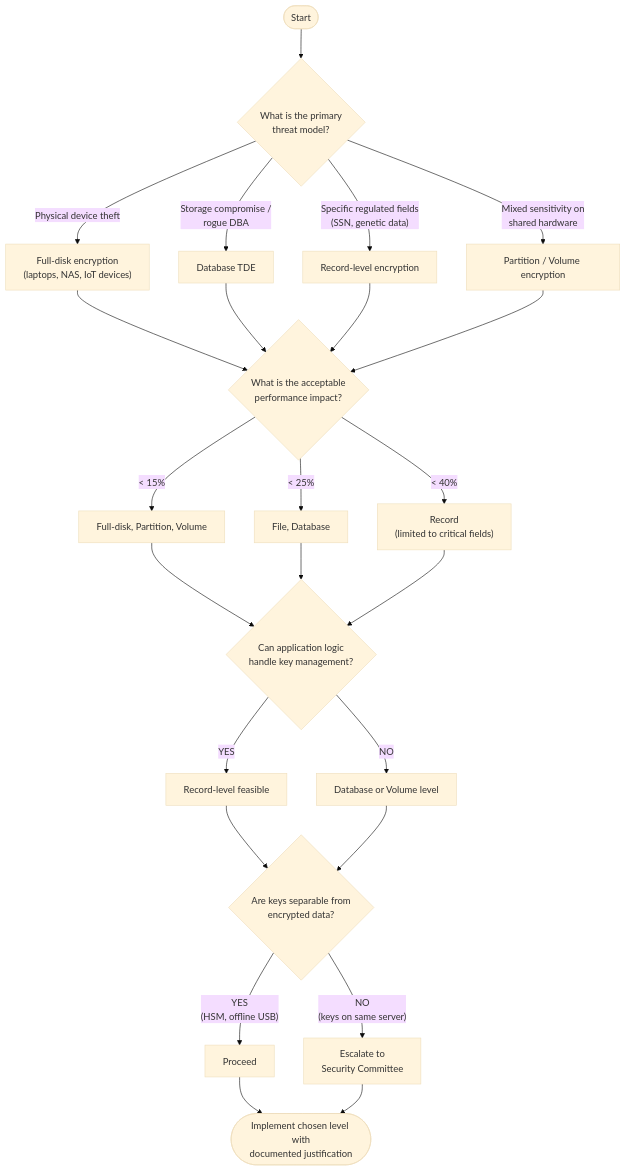
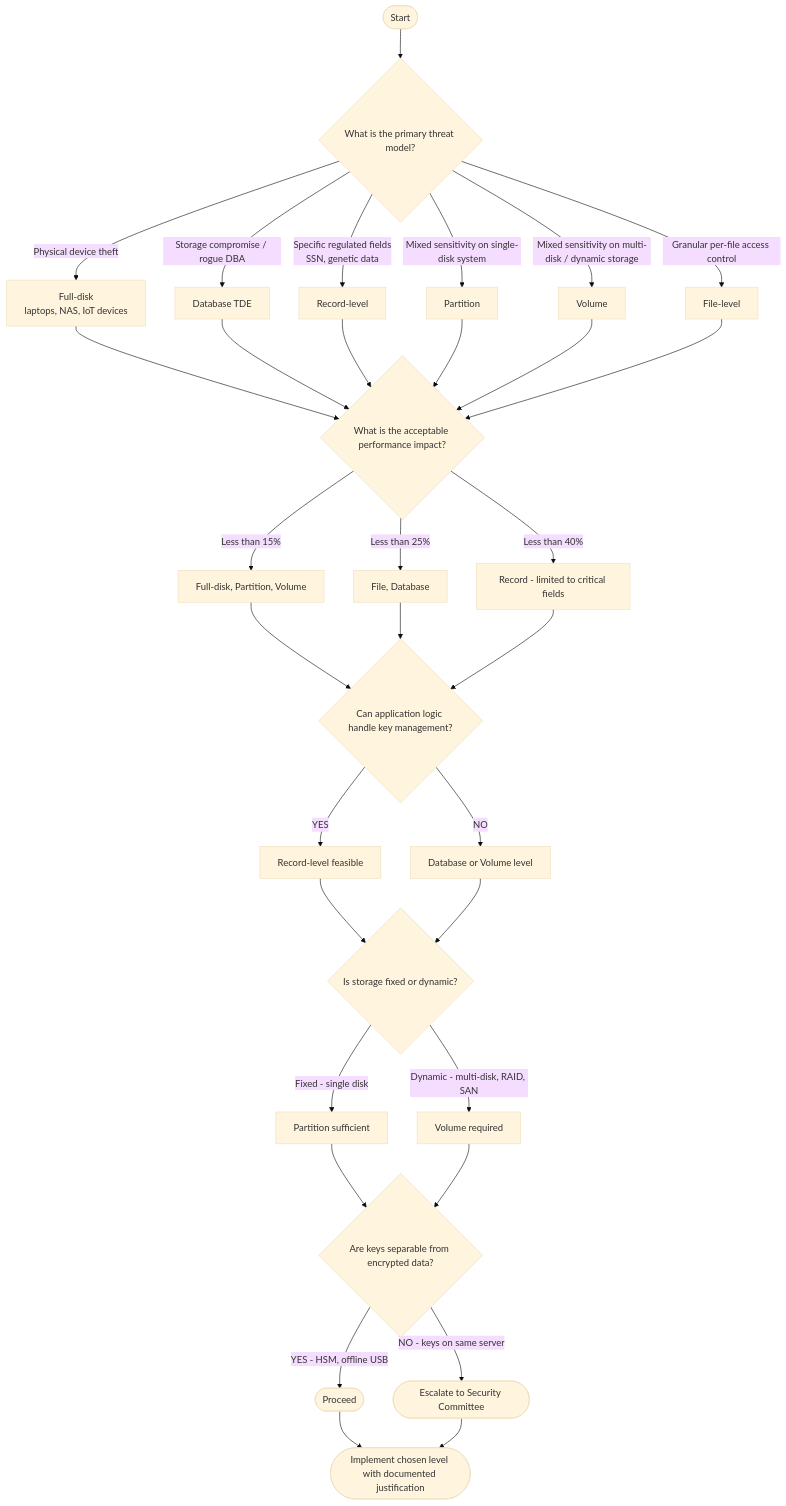
Before and after one commit to sreilly1977/dlh-cyber_security: the diagram in blue_team/1x04_crypto_foundation/13-encryption_levels.md, drawn with Mermaid (base theme). The commit also changed other lines of this file, not shown here.

Commit message:
Added 13-encryption_levels.md again

````diff
--- a/blue_team/1x04_crypto_foundation/13-encryption_levels.md
+++ b/blue_team/1x04_crypto_foundation/13-encryption_levels.md
@@ -175,28 +232,48 @@
 ```mermaid
 flowchart TD
-    Start([Start]) --> Q1{"What is the primary<br/>threat model?"}
+    Start([Start]) --> ThreatModel{What is the primary threat model?}
 
-    Q1 -- "Physical device theft" --> A1["Full-disk encryption<br/>(laptops, NAS, IoT devices)"]
-    Q1 -- "Storage compromise /<br/>rogue DBA" --> A2["Database TDE"]
-    Q1 -- "Specific regulated fields<br/>(SSN, genetic data)" --> A3["Record-level encryption"]
-    Q1 -- "Mixed sensitivity on<br/>shared hardware" --> A4["Partition / Volume encryption"]
+    ThreatModel -->|Physical device theft| FullDisk[Full-disk<br/>laptops, NAS, IoT devices]
+    ThreatModel -->|Storage compromise / rogue DBA| DBTDE[Database TDE]
+    ThreatModel -->|Specific regulated fields<br/>SSN, genetic data| Record[Record-level]
+    ThreatModel -->|Mixed sensitivity on single-disk system| Partition[Partition]
+    ThreatModel -->|Mixed sensitivity on multi-disk / dynamic storage| Volume[Volume]
+    ThreatModel -->|Granular per-file access control| File[File-level]
 
-    A1 & A2 & A3 & A4 --> Q2{"What is the acceptable<br/>performance impact?"}
+    FullDisk --> PerfImpact
+    DBTDE --> PerfImpact
+    Record --> PerfImpact
+    Partition --> PerfImpact
+    Volume --> PerfImpact
+    File --> PerfImpact
 
-    Q2 -- "< 15%" --> B1["Full-disk, Partition, Volume"]
-    Q2 -- "< 25%" --> B2["File, Database"]
-    Q2 -- "< 40%" --> B3["Record<br/>(limited to critical fields)"]
+    PerfImpact{What is the acceptable performance impact?}
+    PerfImpact -->|Less than 15%| PerfLow[Full-disk, Partition, Volume]
+    PerfImpact -->|Less than 25%| PerfMid[File, Database]
+    PerfImpact -->|Less than 40%| PerfHigh[Record - limited to critical fields]
 
-    B1 & B2 & B3 --> Q3{"Can application logic<br/>handle key management?"}
+    PerfLow --> AppLogic
+    PerfMid --> AppLogic
+    PerfHigh --> AppLogic
 
-    Q3 -- "YES" --> C1["Record-level feasible"]
-    Q3 -- "NO" --> C2["Database or Volume level"]
+    AppLogic{Can application logic handle key management?}
+    AppLogic -->|YES| AppYes[Record-level feasible]
+    AppLogic -->|NO| AppNo[Database or Volume level]
 
-    C1 & C2 --> Q4{"Are keys separable from<br/>encrypted data?"}
+    AppYes --> StorageType
+    AppNo --> StorageType
 
-    Q4 -- "YES<br/>(HSM, offline USB)" --> D1["Proceed"]
-    Q4 -- "NO<br/>(keys on same server)" --> D2["Escalate to<br/>Security Committee"]
+    StorageType{Is storage fixed or dynamic?}
+    StorageType -->|Fixed - single disk| StorageFixed[Partition sufficient]
+    StorageType -->|Dynamic - multi-disk, RAID, SAN| StorageDynamic[Volume required]
 
-    D1 --> Final(["Implement chosen level with<br/>documented justification"])
-    D2 --> Final
+    StorageFixed --> KeyCheck
+    StorageDynamic --> KeyCheck
+
+    KeyCheck{Are keys separable from encrypted data?}
+    KeyCheck -->|YES - HSM, offline USB| Proceed([Proceed])
+    KeyCheck -->|NO - keys on same server| Escalate([Escalate to Security Committee])
+
+    Proceed --> Implement([Implement chosen level with documented justification])
+    Escalate --> Implement
 ```
````
